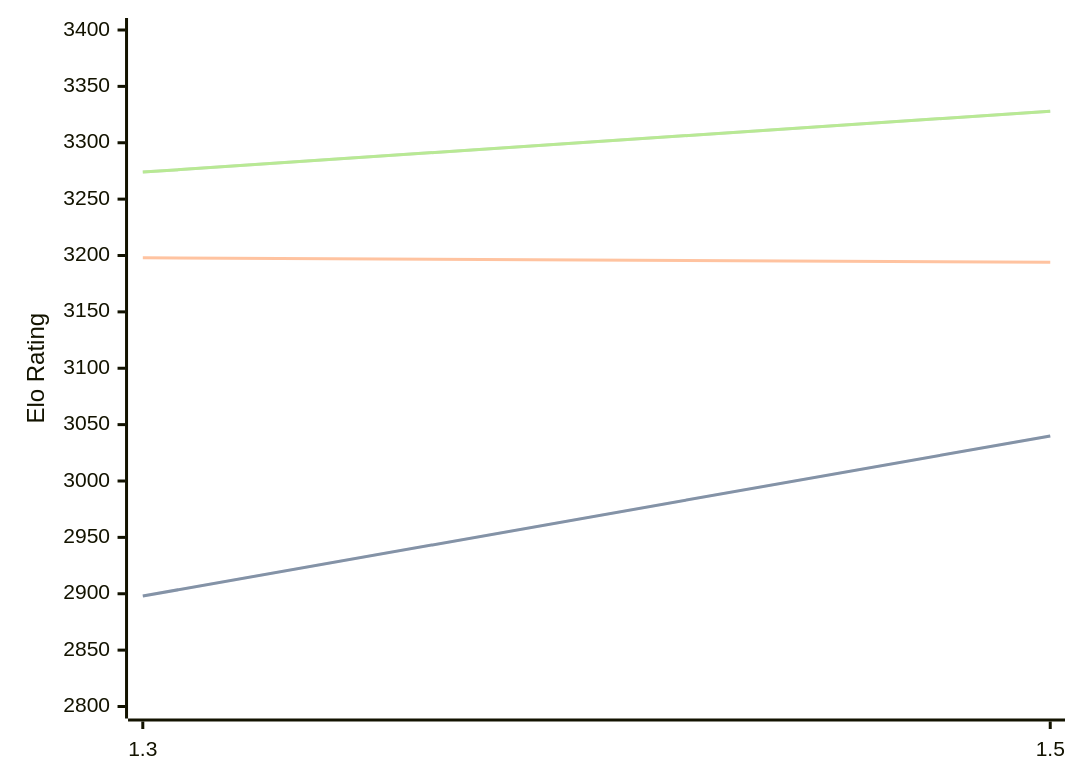
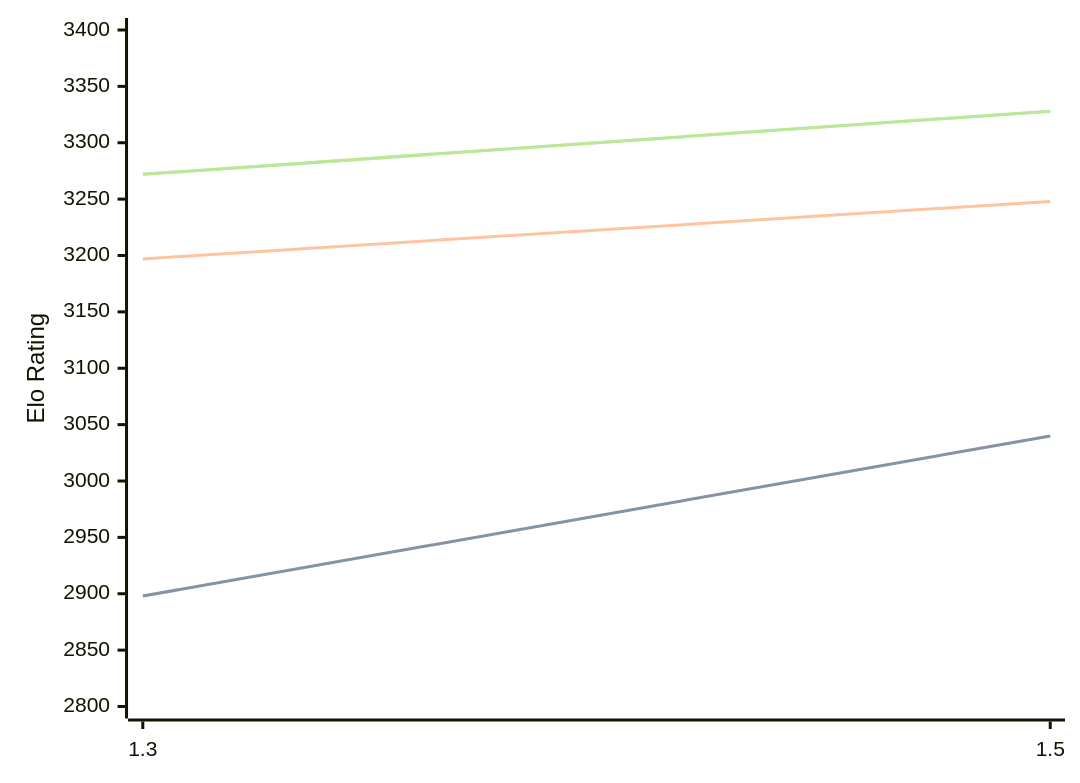
Before and after one commit to computer-chess-index/cci: the third of 3 diagrams in engines/Lambergar.md, drawn with Mermaid. The commit also changed other lines of this file, not shown here.

Commit message:
Update CCI Ratings (ELO VLTC) - 2026-06-27

````diff
--- a/engines/Lambergar.md
+++ b/engines/Lambergar.md
@@ -77,11 +77,11 @@
 ```mermaid
 %%{init: {"theme":"base","themeVariables":{"seriesColors:['#a3a3a3','#222221','#faa371']}}}%%
 xychart-beta
   x-axis ["1.3", "1.5"]
   y-axis "Elo Rating" 2800 --> 3400
   line "STC (8.0+0.08s)" [2898, 3040]
   line "STC (8.0+0.08s)" [2898, 3040]
-  line "LTC (60.0+0.60s)" [3198, 3194]
-  line "VLTC (2m24s+1.12s)" [3274, 3328]
-  line "VLTC (2m24s+1.12s)" [3274, 3328]
+  line "LTC (60.0+0.60s)" [3197, 3248]
+  line "VLTC (2m24s+1.12s)" [3272, 3328]
+  line "VLTC (2m24s+1.12s)" [3272, 3328]
 ```
````
